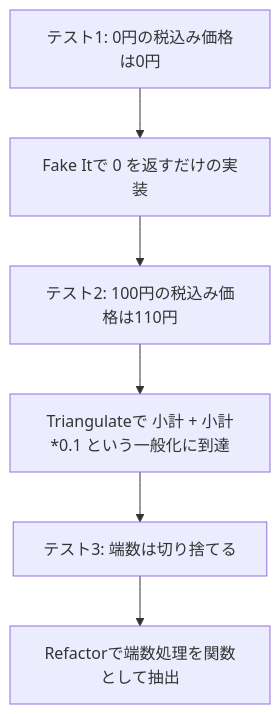
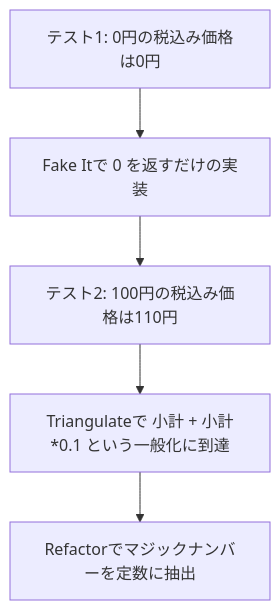
One commit to myoshi2891/Quality-Assurance-Studies changed the third of 8 diagrams in Test-driven-development-by-example-guide.md. Above: the diagram before and after it, drawn with Mermaid. The commit also changed 1 other file, not shown here.

Commit message:
docs(tdd-guide): Retrospective章の説明をPart I/IIのみに修正、dg-tax図を実装済みステップのみに更新

````diff
--- a/Test-driven-development-by-example-guide.md
+++ b/Test-driven-development-by-example-guide.md
@@ -144,8 +144,7 @@
 ```mermaid
 flowchart TD
     T1["テスト1: 0円の税込み価格は0円"] --> C1["Fake Itで 0 を返すだけの実装"]
     C1 --> T2["テスト2: 100円の税込み価格は110円"]
     T2 --> C2["Triangulateで 小計 + 小計*0.1 という一般化に到達"]
-    C2 --> T3["テスト3: 端数は切り捨てる"]
-    T3 --> C3["Refactorで端数処理を関数として抽出"]
+    C2 --> C3["Refactorでマジックナンバーを定数に抽出"]
 ```
````
